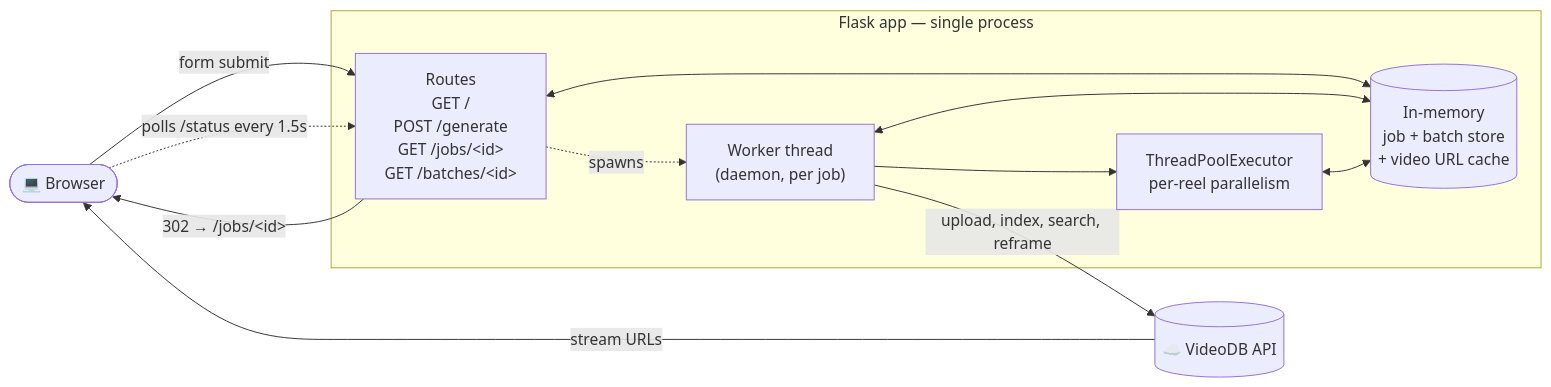
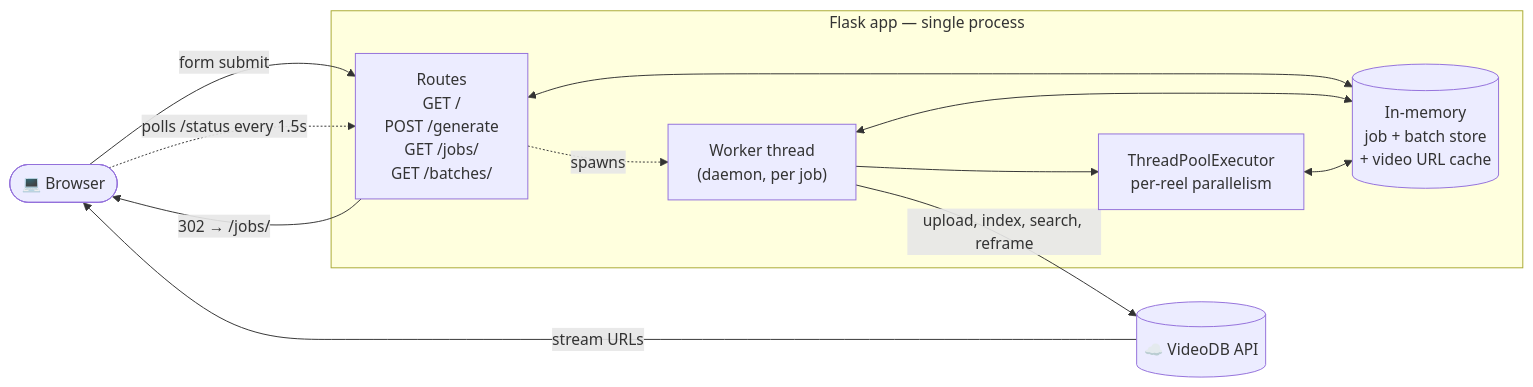
Before and after one commit to ygit/videodb-demo: the first of 2 diagrams in README.md, drawn with Mermaid. The commit also changed other lines of this file and 1 other file, not shown here.

````diff
--- a/README.md
+++ b/README.md
@@ -114,24 +116,24 @@
 ```mermaid
 flowchart LR
     Browser(["💻 Browser"])
 
     subgraph Flask["Flask app — single process"]
-        Routes["Routes<br/>GET /<br/>POST /generate<br/>GET /jobs/&lt;id&gt;<br/>GET /batches/&lt;id&gt;"]
+        Routes["Routes<br/>GET /<br/>POST /generate<br/>GET /jobs/<id><br/>GET /batches/<id>"]
         JobStore[("In-memory<br/>job + batch store<br/>+ video URL cache")]
         Worker["Worker thread<br/>(daemon, per job)"]
         Pool["ThreadPoolExecutor<br/>per-reel parallelism"]
         Routes <--> JobStore
         Routes -. spawns .-> Worker
         Worker --> Pool
         Worker <--> JobStore
         Pool <--> JobStore
     end
 
     VideoDB[("☁️ VideoDB API")]
 
     Browser -- "form submit" --> Routes
-    Routes -- "302 → /jobs/&lt;id&gt;" --> Browser
+    Routes -- "302 → /jobs/<id>" --> Browser
     Browser -. "polls /status every 1.5s" .-> Routes
     Worker -- "upload, index, search, reframe" --> VideoDB
     VideoDB -- "stream URLs" --> Browser
 ```
````
